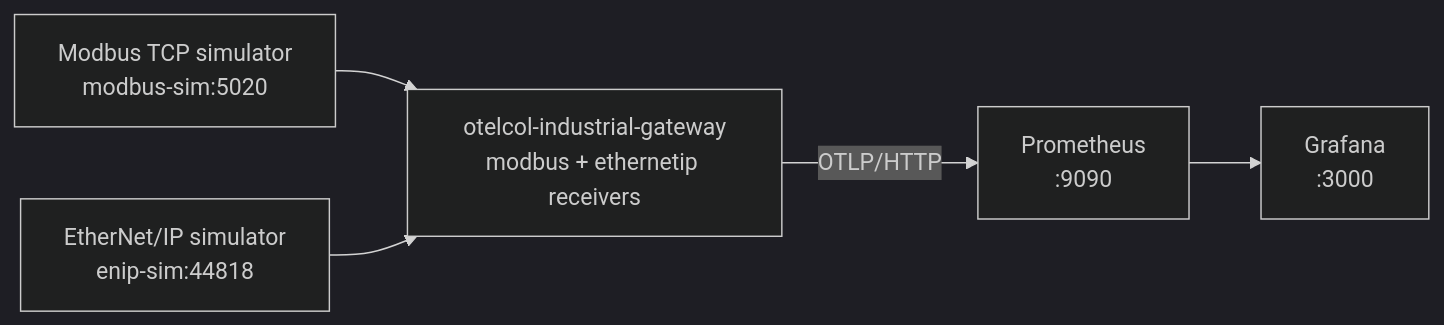
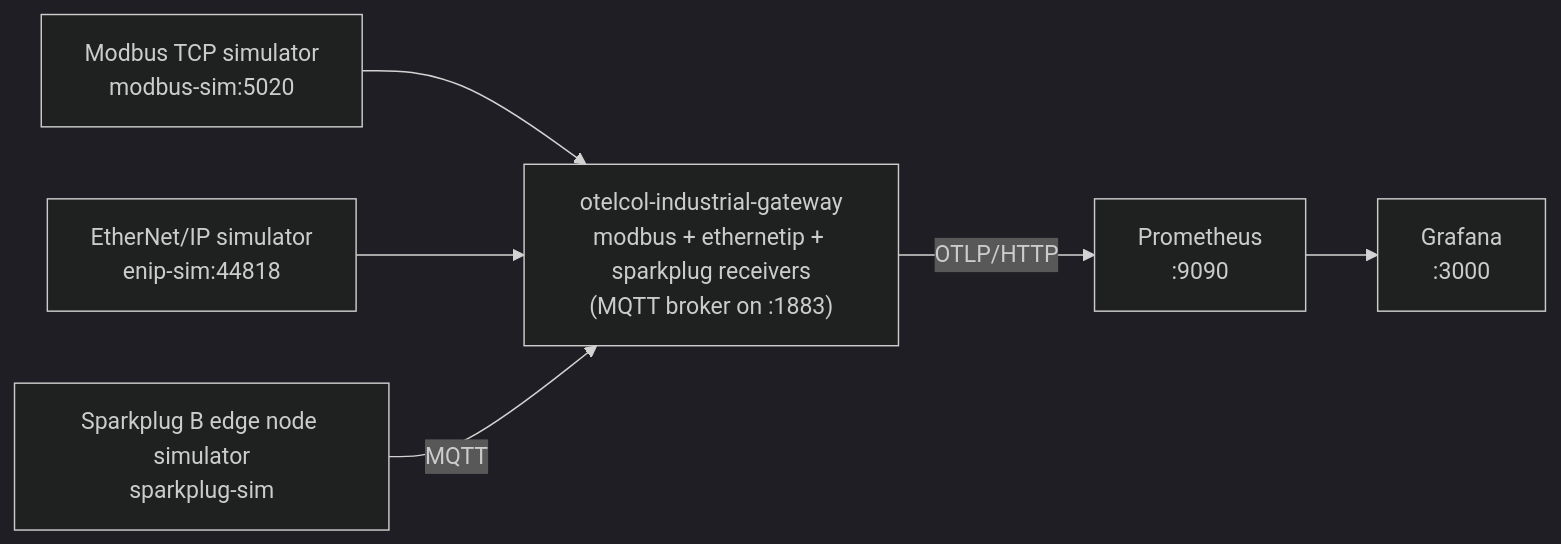
The diagram in otel-industrial-collector/examples/test-environment/README.md (otel-industrial/otel-industrial-resources), drawn with Mermaid (dark theme) before and after one commit. The commit also changed other lines of this file and 7 other files, not shown here.

````diff
--- a/otel-industrial-collector/examples/test-environment/README.md
+++ b/otel-industrial-collector/examples/test-environment/README.md
@@ -11,7 +12,8 @@
 ```mermaid
 flowchart LR
   modbus["Modbus TCP simulator<br/>modbus-sim:5020"] --> gw
   enip["EtherNet/IP simulator<br/>enip-sim:44818"] --> gw
-  gw["otelcol-industrial-gateway<br/>modbus + ethernetip receivers"] -- OTLP/HTTP --> prom["Prometheus<br/>:9090"]
+  spb["Sparkplug B edge node simulator<br/>sparkplug-sim"] -- MQTT --> gw
+  gw["otelcol-industrial-gateway<br/>modbus + ethernetip + sparkplug receivers<br/>(MQTT broker on :1883)"] -- OTLP/HTTP --> prom["Prometheus<br/>:9090"]
   prom --> graf["Grafana<br/>:3000"]
 ```
````
